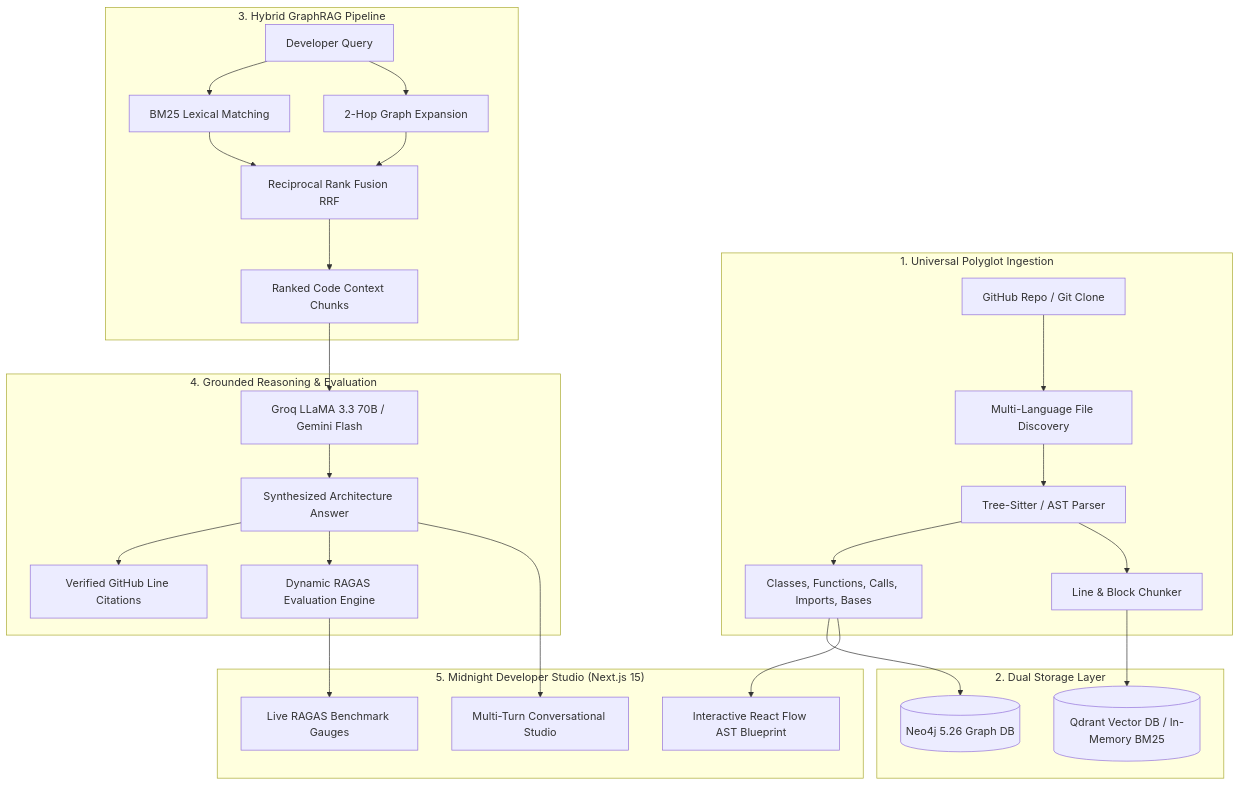
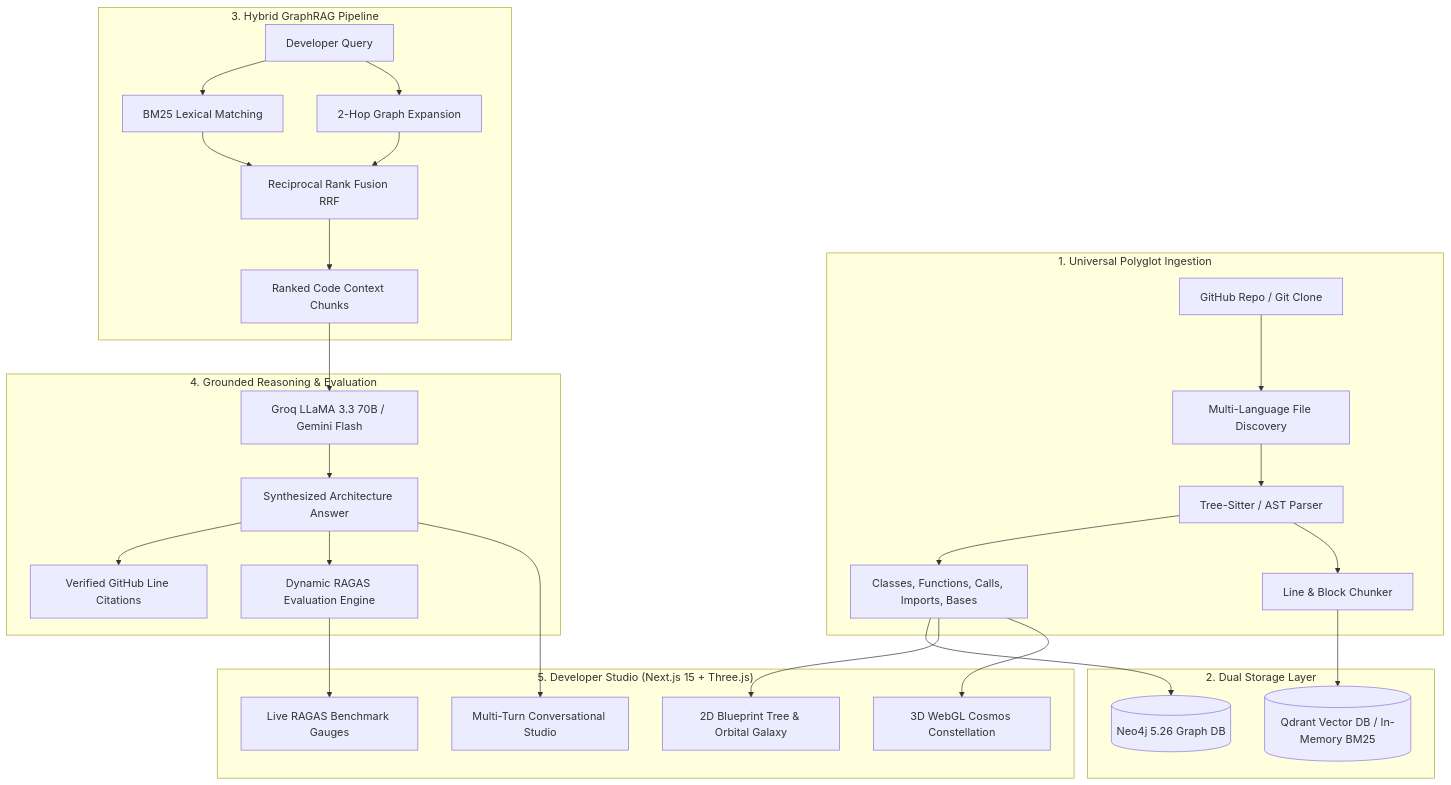
One commit to RJ1899157/codebase-oracle changed the diagram in README.md. Above: the diagram before and after it, drawn with Mermaid. The commit also changed other lines of this file and 3 other files, not shown here.

Commit message:
Add Three.js WebGL 3D Cosmos visualization engine, 3D HUD controls, and update README documentation

````diff
--- a/README.md
+++ b/README.md
@@ -36,39 +53,41 @@
 ```mermaid
 flowchart TD
     subgraph Ingestion ["1. Universal Polyglot Ingestion"]
         GH[GitHub Repo / Git Clone] --> Disc[Multi-Language File Discovery]
         Disc --> AST[Tree-Sitter / AST Parser]
         AST --> Sym[Classes, Functions, Calls, Imports, Bases]
         AST --> Chunk[Line & Block Chunker]
     end
 
     subgraph Storage ["2. Dual Storage Layer"]
         Sym --> Neo4j[(Neo4j 5.26 Graph DB)]
         Chunk --> Qdrant[(Qdrant Vector DB / In-Memory BM25)]
     end
 
     subgraph Retrieval ["3. Hybrid GraphRAG Pipeline"]
         Query[Developer Query] --> Keyword[BM25 Lexical Matching]
         Query --> GraphHop[2-Hop Graph Expansion]
         Keyword --> RRF[Reciprocal Rank Fusion RRF]
         GraphHop --> RRF
         RRF --> Context[Ranked Code Context Chunks]
     end
 
     subgraph Generation ["4. Grounded Reasoning & Evaluation"]
         Context --> LLM[Groq LLaMA 3.3 70B / Gemini Flash]
         LLM --> Answer[Synthesized Architecture Answer]
         Answer --> Citations[Verified GitHub Line Citations]
         Answer --> RAGAS[Dynamic RAGAS Evaluation Engine]
     end
 
-    subgraph UI ["5. Midnight Developer Studio (Next.js 15)"]
-        UI_Graph[Interactive React Flow AST Blueprint]
+    subgraph UI ["5. Developer Studio (Next.js 15 + Three.js)"]
+        UI_2D[2D Blueprint Tree & Orbital Galaxy]
+        UI_3D[3D WebGL Cosmos Constellation]
         UI_Chat[Multi-Turn Conversational Studio]
         UI_Eval[Live RAGAS Benchmark Gauges]
     end
 
     Answer --> UI_Chat
-    Sym --> UI_Graph
+    Sym --> UI_2D
+    Sym --> UI_3D
     RAGAS --> UI_Eval
 ```
````
